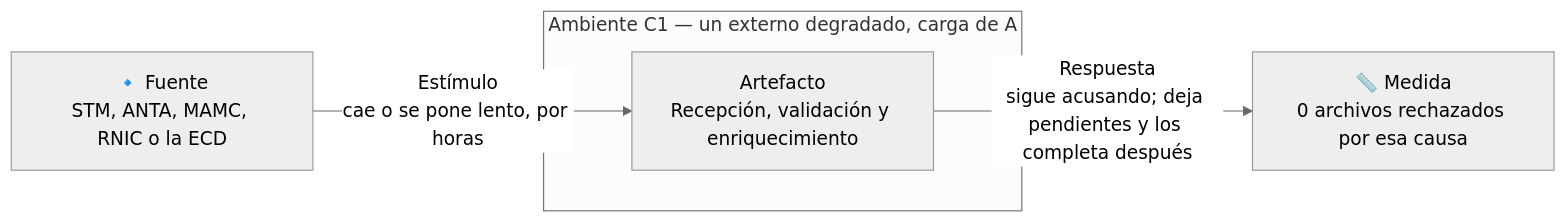
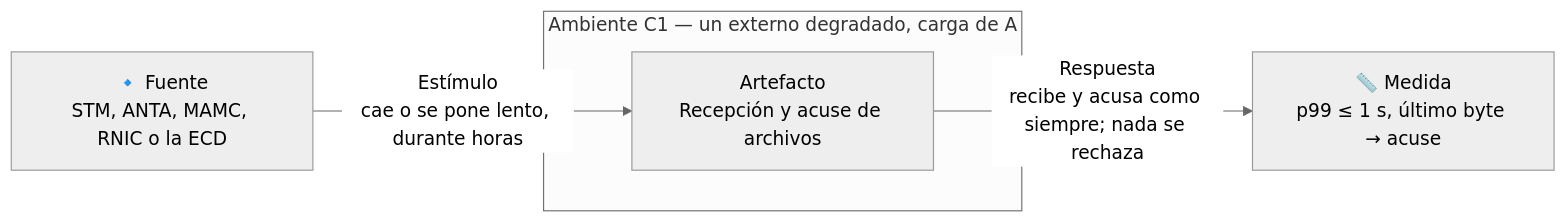
The second of 17 diagrams in docs/quality-attributes.md (MATI-MBIT/arqsoft-reto-4), drawn with Mermaid (neutral theme) before and after one commit. The commit also changed other lines of this file and 5 other files, not shown here.

````diff
--- a/docs/quality-attributes.md
+++ b/docs/quality-attributes.md
@@ -185,9 +169,9 @@
 ```mermaid
 flowchart LR
     F["🔹 Fuente<br/>STM, ANTA, MAMC, RNIC o la ECD"]
-    F -- "Estímulo<br/>cae o se pone lento, por horas" --> A
+    F -- "Estímulo<br/>cae o se pone lento, durante horas" --> A
     subgraph AMB["Ambiente C1 — un externo degradado, carga de A"]
-        A["Artefacto<br/>Recepción, validación y enriquecimiento"]
+        A["Artefacto<br/>Recepción y acuse de archivos"]
     end
-    A -- "Respuesta<br/>sigue acusando; deja pendientes y los completa después" --> M["📏 Medida<br/>0 archivos rechazados por esa causa"]
+    A -- "Respuesta<br/>recibe y acusa como siempre; nada se rechaza" --> M["📏 Medida<br/>p99 ≤ 1 s, último byte → acuse"]
 ```
````
